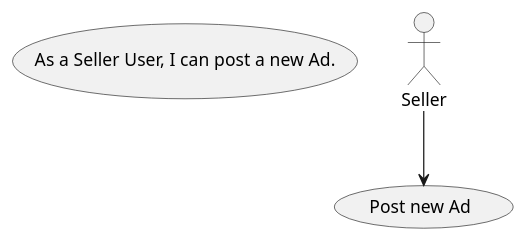
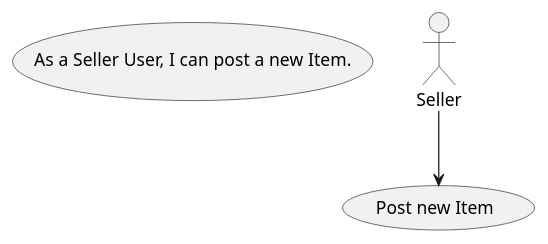
The diagram in src/Uml/UseCase/UC3-seller-posts-ad.puml (jesusfar/classified-ads-example), drawn with PlantUML before and after one commit. The commit also changed 16 other files, not shown here.

```diff
--- a/src/Uml/UseCase/UC3-seller-posts-ad.puml
+++ b/src/Uml/UseCase/UC3-seller-posts-ad.puml
@@ -1,8 +1,8 @@
 @startuml
 top to bottom direction
 usecase UC3 as "
-    As a Seller User, I can post a new Ad.
+    As a Seller User, I can post a new Item.
 "
 actor Seller
-Seller --> (Post new Ad)
+Seller --> (Post new Item)
 @enduml
```
